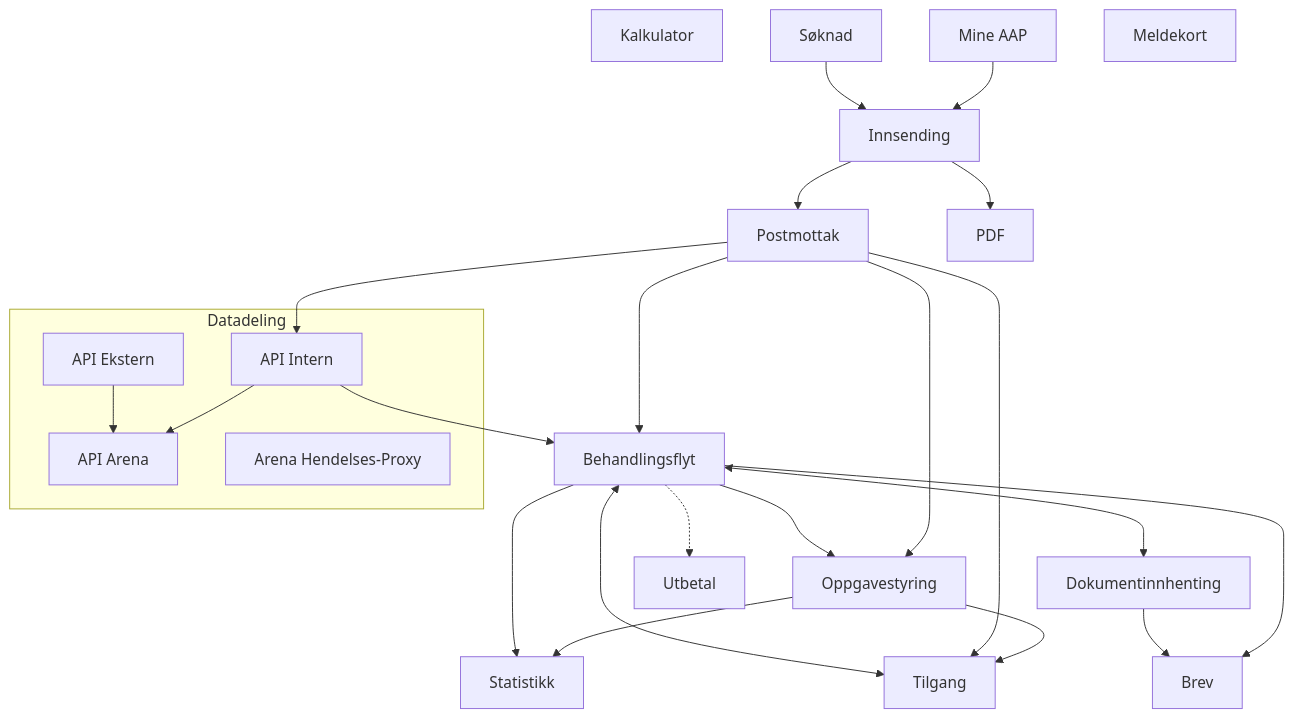
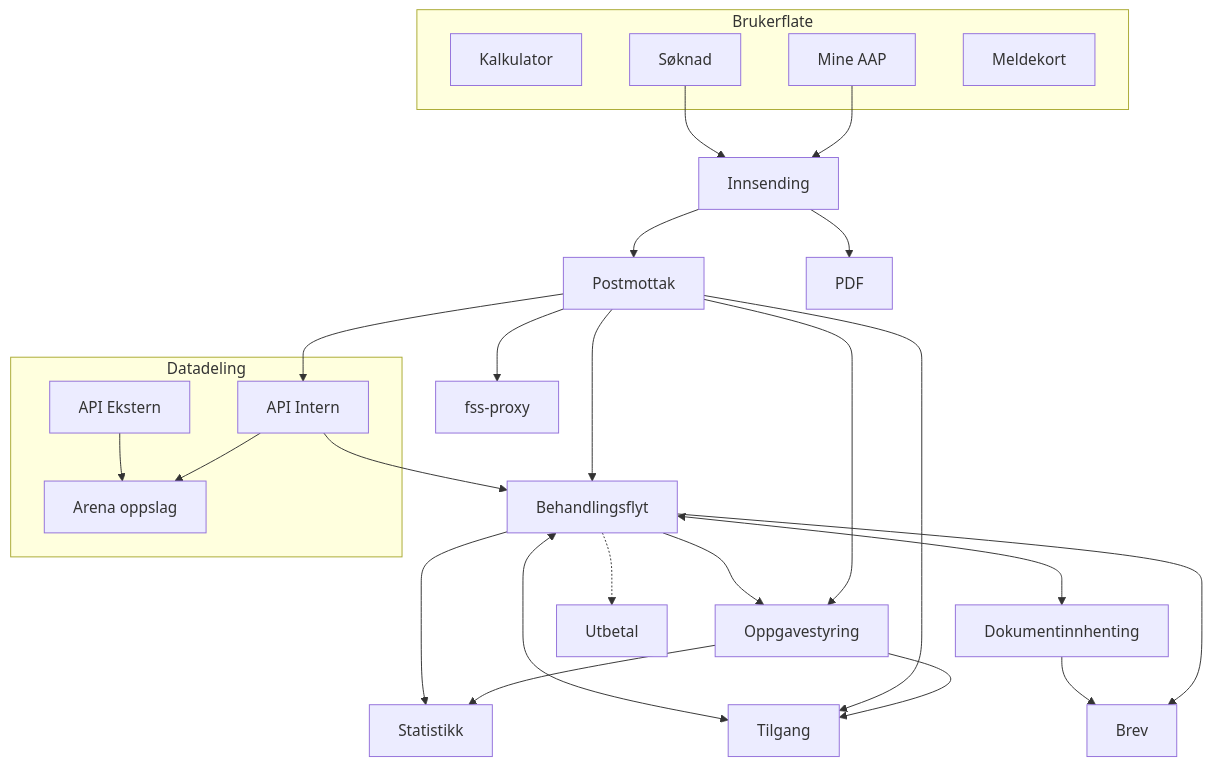
One commit to navikt/aap-intern-sysdok changed the diagram in docs/funksjonalitet/funksjonalitet.md. Above: the diagram before and after it, drawn with Mermaid. The commit also changed other lines of this file and 1 other file, not shown here.

Commit message:
Oppdater komponentdiagram

````diff
--- a/docs/funksjonalitet/funksjonalitet.md
+++ b/docs/funksjonalitet/funksjonalitet.md
@@ -15,31 +11,36 @@
 ```mermaid
 graph TD
+    subgraph Brukerflate 
+    KA
+    SK
+    MA
+    MK[Meldekort]
+    end
 KA[Kalkulator]
 SK[Søknad] --> IS[Innsending]
 IS --> PM[Postmottak]
+PM --> AHP[fss-proxy]
 MA[Mine AAP] --> IS
 IS --> PDF
-MK[Meldekort]
 PM --> Behandlingsflyt[Behandlingsflyt]
 Behandlingsflyt --> OP[Oppgavestyring]
 Behandlingsflyt <--> TS[Tilgang]
 Behandlingsflyt <--> Dokumentinnhenting
 Dokumentinnhenting --> BR
 Ø[Utbetal]
 Behandlingsflyt -.-> Ø
 PM --> TS
 PM --> OP
 Behandlingsflyt --> BR[Brev]
 Behandlingsflyt --> ST[Statistikk]
 OP --> ST
 PM --> APII
 subgraph Datadeling
-APIA[API Arena]
+APIA[Arena oppslag]
 APII[API Intern]
-AHP[Arena Hendelses-Proxy]
 API[API Ekstern] --> APIA
 end
 APII --> Behandlingsflyt
 APII --> APIA
 OP --> TS
 ```
````
